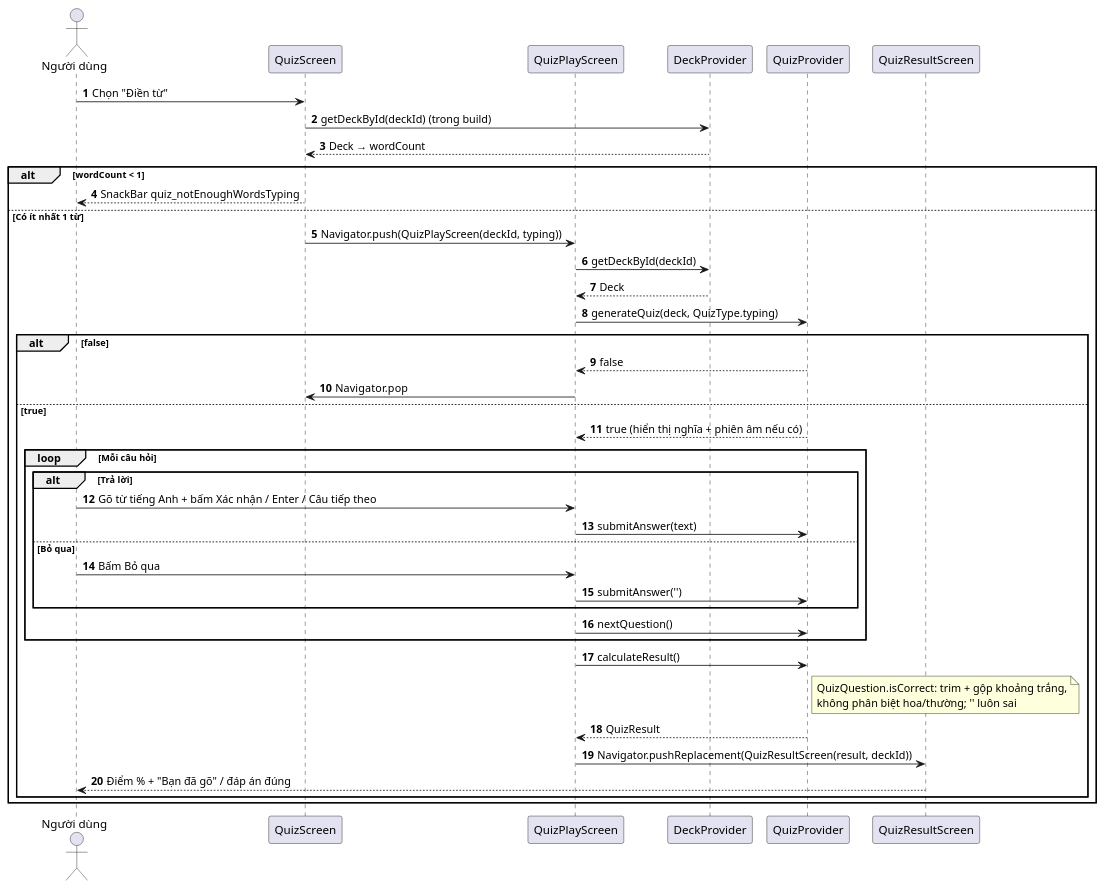
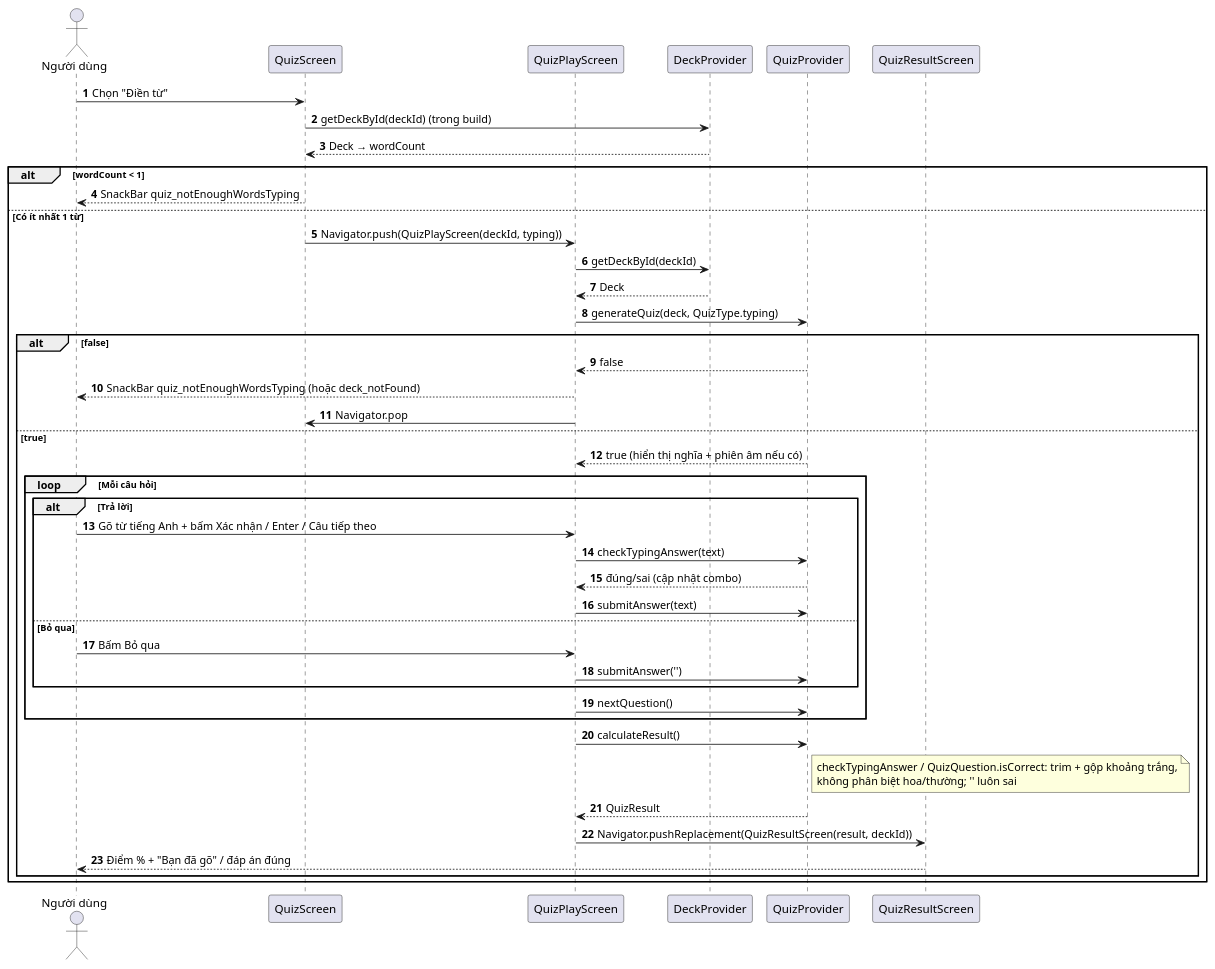
One commit to hoang-adu/2026_2027_1_1_LTTBDD_N01_Nhom_2 changed the diagram in docs/sequence_quiz_typing.puml. Above: the diagram before and after it, drawn with PlantUML. The commit also changed 5 other files, not shown here.

First line of the commit message:
fix(quiz): báo lỗi khi bộ thiếu nghĩa khác nhau; chấm điền từ qua checkTypingAnswer

```diff
--- a/docs/sequence_quiz_typing.puml
+++ b/docs/sequence_quiz_typing.puml
@@ -1,42 +1,45 @@
 @startuml
 autonumber
 actor "Người dùng" as User
 participant "QuizScreen" as UI1
 participant "QuizPlayScreen" as UI2
 participant "DeckProvider" as DeckProvider
 participant "QuizProvider" as Quiz
 participant "QuizResultScreen" as UIResult
 
 User -> UI1: Chọn "Điền từ"
 UI1 -> DeckProvider: getDeckById(deckId) (trong build)
 DeckProvider --> UI1: Deck → wordCount
 alt wordCount < 1
     UI1 --> User: SnackBar quiz_notEnoughWordsTyping
 else Có ít nhất 1 từ
     UI1 -> UI2: Navigator.push(QuizPlayScreen(deckId, typing))
     UI2 -> DeckProvider: getDeckById(deckId)
     DeckProvider --> UI2: Deck
     UI2 -> Quiz: generateQuiz(deck, QuizType.typing)
     alt false
         Quiz --> UI2: false
+        UI2 --> User: SnackBar quiz_notEnoughWordsTyping (hoặc deck_notFound)
         UI2 -> UI1: Navigator.pop
     else true
         Quiz --> UI2: true (hiển thị nghĩa + phiên âm nếu có)
         loop Mỗi câu hỏi
             alt Trả lời
                 User -> UI2: Gõ từ tiếng Anh + bấm Xác nhận / Enter / Câu tiếp theo
+                UI2 -> Quiz: checkTypingAnswer(text)
+                Quiz --> UI2: đúng/sai (cập nhật combo)
                 UI2 -> Quiz: submitAnswer(text)
             else Bỏ qua
                 User -> UI2: Bấm Bỏ qua
                 UI2 -> Quiz: submitAnswer('')
             end
             UI2 -> Quiz: nextQuestion()
         end
         UI2 -> Quiz: calculateResult()
-        note right of Quiz: QuizQuestion.isCorrect: trim + gộp khoảng trắng,\nkhông phân biệt hoa/thường; '' luôn sai
+        note right of Quiz: checkTypingAnswer / QuizQuestion.isCorrect: trim + gộp khoảng trắng,\nkhông phân biệt hoa/thường; '' luôn sai
         Quiz --> UI2: QuizResult
         UI2 -> UIResult: Navigator.pushReplacement(QuizResultScreen(result, deckId))
         UIResult --> User: Điểm % + "Bạn đã gõ" / đáp án đúng
     end
 end
 @enduml
```
